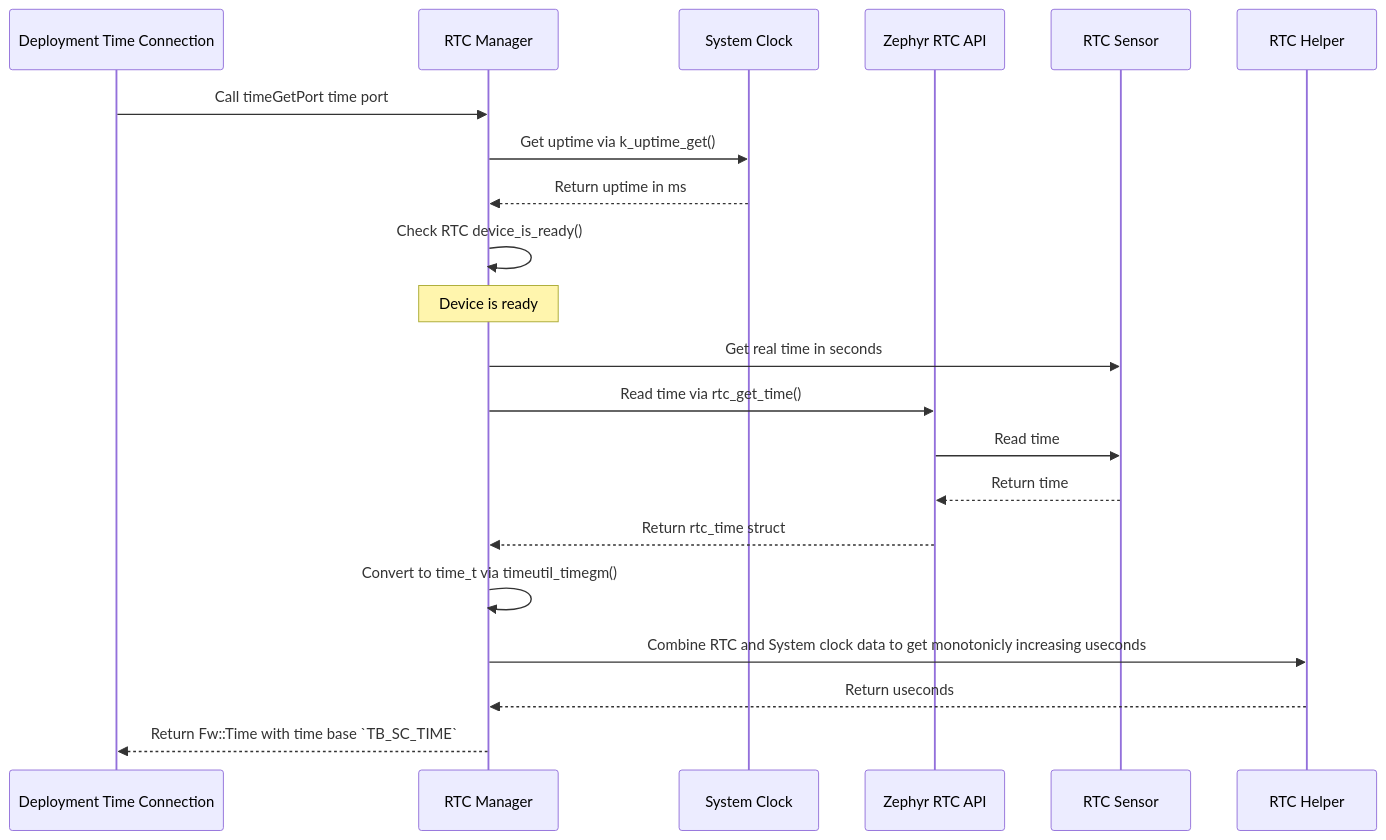
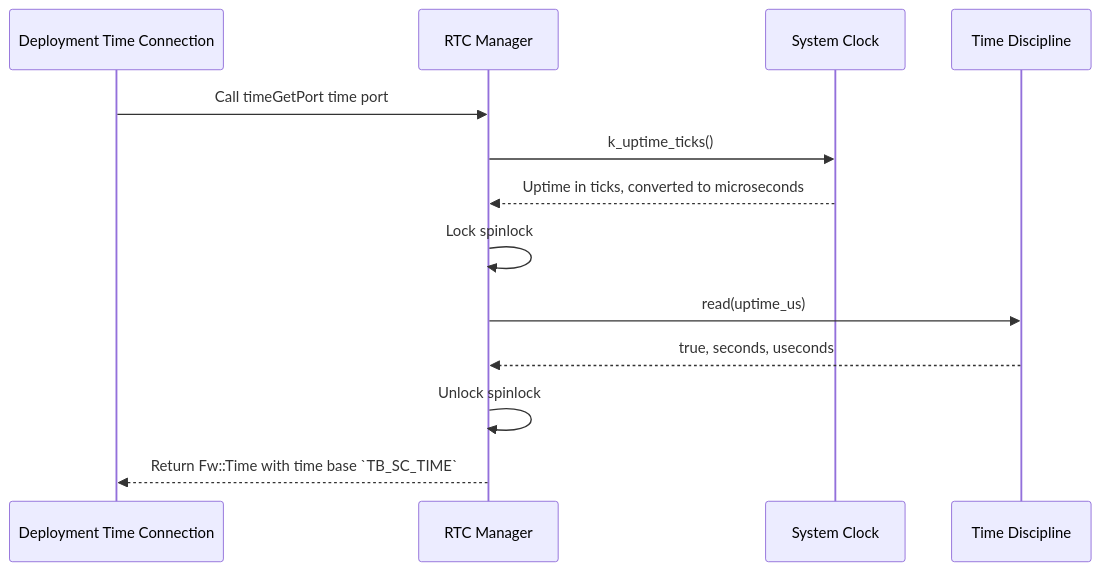
One commit to Open-Source-Space-Foundation/proves-core-reference changed the third of 18 diagrams in PROVESFlightControllerReference/Components/Drv/RtcManager/docs/sdd.md. Above: the diagram before and after it, drawn with Mermaid. The commit also changed other lines of this file and 18 other files, not shown here.

Commit message:
feat(rtc): time offset disciplined by the RTC update interrupt (#525)

````diff
--- a/PROVESFlightControllerReference/Components/Drv/RtcManager/docs/sdd.md
+++ b/PROVESFlightControllerReference/Components/Drv/RtcManager/docs/sdd.md
@@ -249,23 +311,16 @@
 ```mermaid
 sequenceDiagram
     participant Deployment Time Connection
     participant RTC Manager
     participant System Clock
-    participant Zephyr RTC API
-    participant RTC Sensor
+    participant Time Discipline
 
     Deployment Time Connection->>RTC Manager: Call timeGetPort time port
-    RTC Manager->>System Clock: Get uptime via k_uptime_get()
-    System Clock-->>RTC Manager: Return uptime in ms
-    RTC Manager->>RTC Manager: Check RTC device_is_ready()
-    Note over RTC Manager: Device is ready
-    RTC Manager->>RTC Sensor: Get real time in seconds
-    RTC Manager->>Zephyr RTC API: Read time via rtc_get_time()
-    Zephyr RTC API->>RTC Sensor: Read time
-    RTC Sensor-->>Zephyr RTC API: Return time
-    Zephyr RTC API-->>RTC Manager: Return rtc_time struct
-    RTC Manager->>RTC Manager: Convert to time_t via timeutil_timegm()
-    RTC Manager->>RTC Helper: Combine RTC and System clock data to get monotonicly increasing useconds
-    RTC Helper-->>RTC Manager: Return useconds
+    RTC Manager->>System Clock: k_uptime_ticks()
+    System Clock-->>RTC Manager: Uptime in ticks, converted to microseconds
+    RTC Manager->>RTC Manager: Lock spinlock
+    RTC Manager->>Time Discipline: read(uptime_us)
+    Time Discipline-->>RTC Manager: true, seconds, useconds
+    RTC Manager->>RTC Manager: Unlock spinlock
     RTC Manager-->>Deployment Time Connection: Return Fw::Time with time base `TB_SC_TIME`
 ```
````
